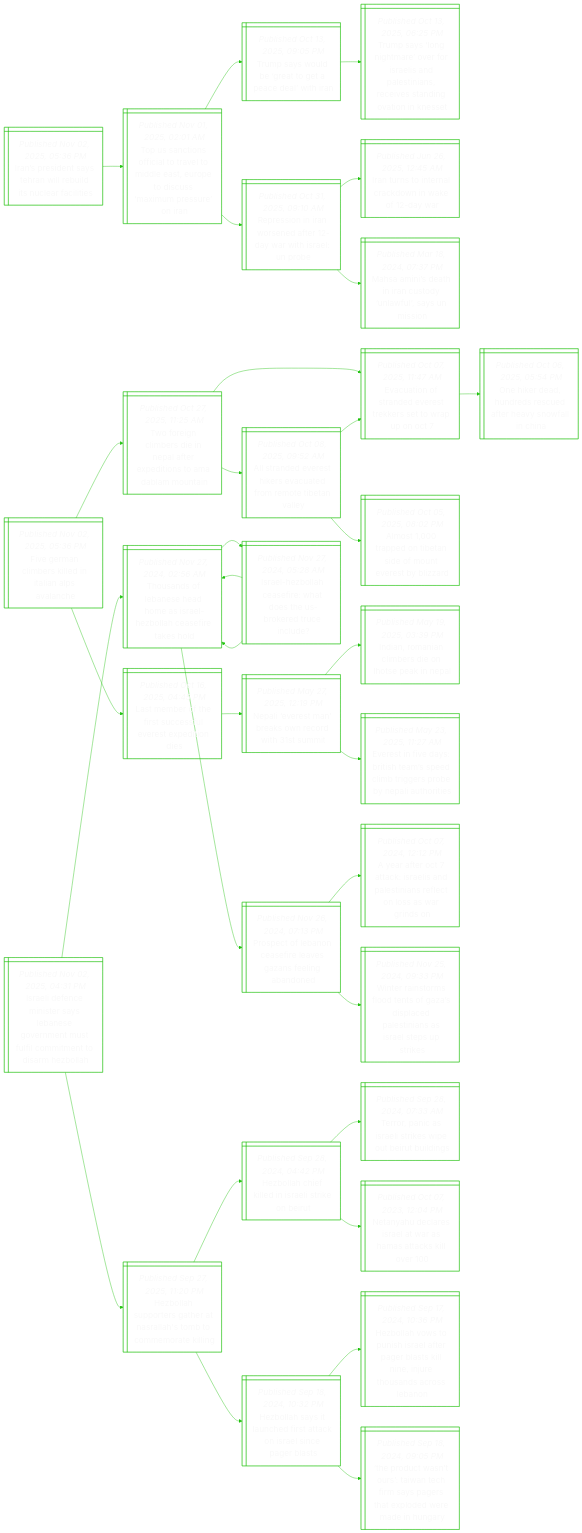
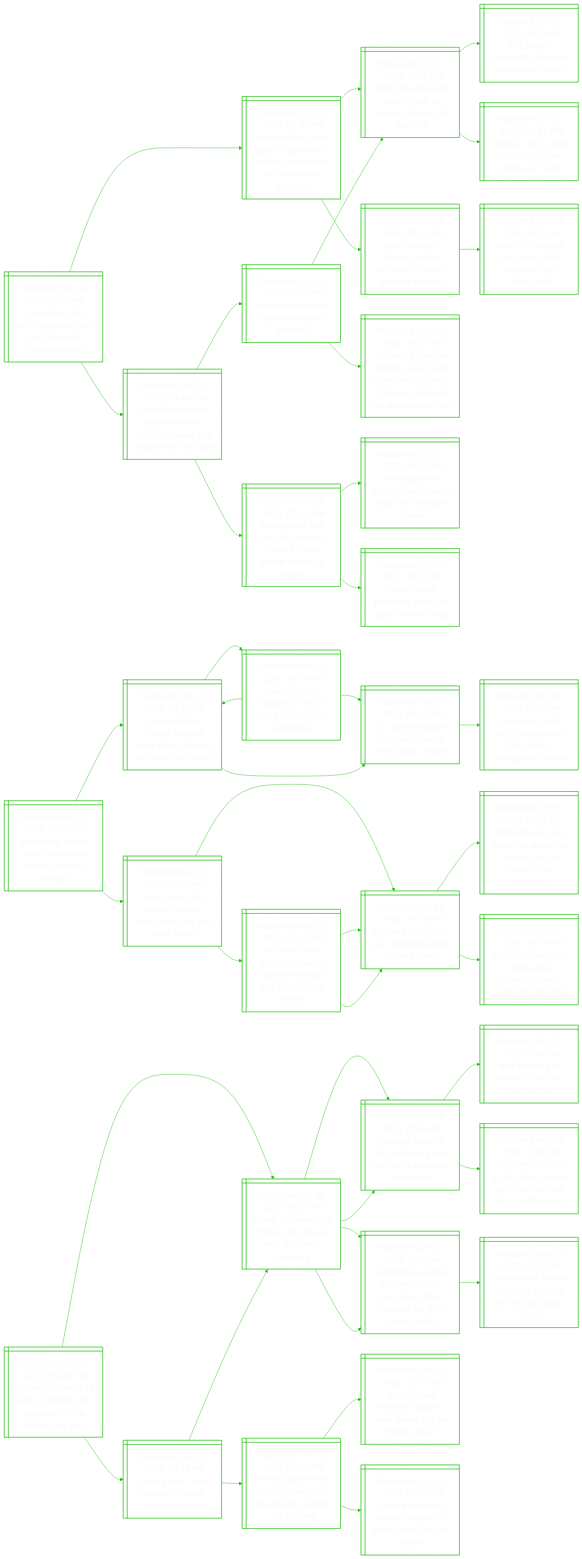
One commit to notJmes/notJmes changed the diagram in README.md. Above: the diagram before and after it, drawn with Mermaid. The commit also changed other lines of this file, not shown here.

````diff
--- a/README.md
+++ b/README.md
@@ -16,106 +16,133 @@
 flowchart LR
 classDef txtsize font-size:20px;
 
-Ipdahibicfi@{ shape: win-pane, label: "_Published Nov 02, 2025, 05:36 PM_
-Iran’s president says tehran will rebuild its nuclear facilities" }
-Tsifartdsodsirrr@{ shape: win-pane, label: "_Published Nov 01, 2025, 02:01 AM_
-Top us sanctions official to travel to middle east, europe to discuss ‘maximum pressure’ on iran" }
-TsoettclI@{ shape: win-pane, label: "_Published Oct 13, 2025, 09:05 PM_
-Trump says would be ‘great to get a peace deal’ with iran" }
-TsogrrsiPtnesiais@{ shape: win-pane, label: "_Published Oct 13, 2025, 06:25 PM_
-Trump says ‘long nightmare’ over for israelis and palestinians, receives standing ovation in knesset" }
-RsinefawsUb@{ shape: win-pane, label: "_Published Oct 31, 2025, 09:10 AM_
-Repression in iran worsened after 12-day war with israel: un probe" }
-Iuorrowfa@{ shape: win-pane, label: "_Published Jun 26, 2025, 12:45 AM_
-Iran turns to internal crackdown in wake of 12-day war" }
-MAshatnuss@{ shape: win-pane, label: "_Published Mar 18, 2024, 07:37 PM_
-Mahsa amini’s death in iran custody ‘unlawful’, says un mission" }
-
-Ipdahibicfi:::txtsize --> Tsifartdsodsirrr:::txtsize
-Tsifartdsodsirrr:::txtsize --> TsoettclI:::txtsize
-TsoettclI:::txtsize --> TsogrrsiPtnesiais:::txtsize
-Tsifartdsodsirrr:::txtsize --> RsinefawsUb:::txtsize
-RsinefawsUb:::txtsize --> Iuorrowfa:::txtsize
-RsinefawsUb:::txtsize --> MAshatnuss:::txtsize
-
-Fecelniple@{ shape: win-pane, label: "_Published Nov 02, 2025, 05:36 PM_
-Five german climbers killed in italian alps avalanche" }
-Trceeptpioama@{ shape: win-pane, label: "_Published Oct 27, 2025, 11:25 AM_
-Two foreign climbers die in nepal after expeditions to ama dablam mountain" }
-EaoaEskswpt@{ shape: win-pane, label: "_Published Oct 07, 2025, 11:47 AM_
-Evacuation of stranded everest trekkers set to wrap up on oct 7" }
-Okadreevwin@{ shape: win-pane, label: "_Published Oct 06, 2025, 05:54 PM_
-One hiker dead, hundreds rescued after heavy snowfall in china" }
-Ardekvtoobvy@{ shape: win-pane, label: "_Published Oct 08, 2025, 09:52 AM_
-All stranded everest hikers evacuated from remote tibetan valley" }
-AtpTaeuebz@{ shape: win-pane, label: "_Published Oct 05, 2025, 08:02 PM_
-Almost 1,000 trapped on tibetan side of mount everest by blizzard" }
-EaoaEskswpt@{ shape: win-pane, label: "_Published Oct 07, 2025, 11:47 AM_
-Evacuation of stranded everest trekkers set to wrap up on oct 7" }
-LeofssEseos@{ shape: win-pane, label: "_Published Oct 16, 2025, 04:45 PM_
-Last member of the first successful everest expedition dies" }
-Nienkrdsm@{ shape: win-pane, label: "_Published May 27, 2025, 12:19 PM_
-Nepali ‘everest man’ breaks own record with 31st summit" }
-Innlrotae@{ shape: win-pane, label: "_Published May 19, 2025, 03:39 PM_
-Indian, romanian climbers die on lhotse peak in nepal" }
-Esiyteplrrbears@{ shape: win-pane, label: "_Published May 23, 2025, 11:27 AM_
-Everest in five days: british team’s speed climb triggers probe by nepali authorities" }
-
-Fecelniple:::txtsize --> Trceeptpioama:::txtsize
-Trceeptpioama:::txtsize --> EaoaEskswpt:::txtsize
-EaoaEskswpt:::txtsize --> Okadreevwin:::txtsize
-Trceeptpioama:::txtsize --> Ardekvtoobvy:::txtsize
-Ardekvtoobvy:::txtsize --> AtpTaeuebz:::txtsize
-Ardekvtoobvy:::txtsize --> EaoaEskswpt:::txtsize
-Fecelniple:::txtsize --> LeofssEseos:::txtsize
-LeofssEseos:::txtsize --> Nienkrdsm:::txtsize
-Nienkrdsm:::txtsize --> Innlrotae:::txtsize
-Nienkrdsm:::txtsize --> Esiyteplrrbears:::txtsize
-
-Ileiesnomulomorbh@{ shape: win-pane, label: "_Published Nov 02, 2025, 04:31 PM_
-Israeli defence minister says lebanese government must fulfil commitment to disarm hezbollah" }
-TafnemsHleikl@{ shape: win-pane, label: "_Published Nov 27, 2024, 02:56 AM_
-Thousands of lebanese head home as israel-hezbollah ceasefire takes hold" }
-IlocfheUktid@{ shape: win-pane, label: "_Published Nov 27, 2024, 05:28 AM_
-Israel-hezbollah ceasefire: what does the us-brokered truce include?" }
-TafnemsHleikl@{ shape: win-pane, label: "_Published Nov 27, 2024, 02:56 AM_
-Thousands of lebanese head home as israel-hezbollah ceasefire takes hold" }
-TafnemsHleikl@{ shape: win-pane, label: "_Published Nov 27, 2024, 02:56 AM_
-Thousands of lebanese head home as israel-hezbollah ceasefire takes hold" }
-PeLoseeaeao@{ shape: win-pane, label: "_Published Nov 26, 2024, 07:13 PM_
-Prospect of lebanon ceasefire leaves gazans feeling abandoned" }
-AaOtsiPtnlnags@{ shape: win-pane, label: "_Published Oct 07, 2024, 12:12 PM_
-A year after oct 7 attack: israelis and palestinians reflect on loss as war grinds on" }
-Wrssdszseeisepts@{ shape: win-pane, label: "_Published Nov 25, 2024, 09:33 PM_
-Winter rainstorms flood tents of gaza’s displaced palestinians as israel steps up strikes" }
-Hlutaarhbmrig@{ shape: win-pane, label: "_Published Sep 27, 2025, 11:20 PM_
-Hezbollah supporters gather at nasrallah's tomb to commemorate killing" }
-Hlhiiator@{ shape: win-pane, label: "_Published Sep 28, 2024, 04:42 PM_
-Hezbollah chief killed in israeli strike on beirut" }
-Trcrseeebi@{ shape: win-pane, label: "_Published Sep 28, 2024, 07:33 AM_
-Terror, panic as israeli strikes wipe out beirut buildings" }
+Ililezirlocln@{ shape: win-pane, label: "_Published Nov 02, 2025, 11:01 PM_
+Israeli strike kills one in gaza as sides trade blame for truce violations" }
+IliezatHtdtrda@{ shape: win-pane, label: "_Published Oct 30, 2025, 05:40 PM_
+Israeli strikes test gaza’s fragile truce, hamas to hand over two more dead hostages" }
 NyeeawHakl@{ shape: win-pane, label: "_Published Oct 07, 2023, 12:04 PM_
 Netanyahu declares israel at war as hamas attacks kill over 100" }
-Hlalhrtneces@{ shape: win-pane, label: "_Published Sep 18, 2024, 10:32 PM_
-Hezbollah says it launched first attack on israel since pager blasts" }
-Hlopheeeslerussa@{ shape: win-pane, label: "_Published Sep 17, 2024, 10:36 PM_
-Hezbollah vows to punish israel after pager blasts kill nine, injure thousands across lebanon" }
-TowoatiyealwaHr@{ shape: win-pane, label: "_Published Sep 18, 2024, 09:05 PM_
-‘the product wasn’t ours’: taiwan tech firm says pagers that exploded were made in hungary" }
+WzptIleint@{ shape: win-pane, label: "_Published Oct 07, 2023, 05:15 PM_
+Why gaza is epicentre of israeli-palestinian conflict" }
+Wiceapaks@{ shape: win-pane, label: "_Published Oct 07, 2023, 06:44 PM_
+World in shock after hamas surprise attacks on israel" }
+Vasoaersiam@{ shape: win-pane, label: "_Published Oct 30, 2025, 09:55 AM_
+Video analysis shows staged recovery of israeli hostage remains" }
+Ilaeaeedttee@{ shape: win-pane, label: "_Published Oct 30, 2025, 04:18 AM_
+Israel hits another gaza target after deadliest night since truce" }
+Cfonaoteervta@{ shape: win-pane, label: "_Published Oct 12, 2025, 05:44 PM_
+Ceasefire holds in gaza ahead of hostage release and trump’s visit to israel" }
+Wouaaam@{ shape: win-pane, label: "_Published Oct 09, 2025, 05:50 PM_
+What does trump’s gaza peace plan promise?" }
+AtHfezerydatoGel@{ shape: win-pane, label: "_Published Sep 30, 2025, 06:45 AM_
+Amnesty for hamas fighters, gaza to be governed by ‘board of peace’: details of the gaza peace plan" }
+NyeeawHakl@{ shape: win-pane, label: "_Published Oct 07, 2023, 12:04 PM_
+Netanyahu declares israel at war as hamas attacks kill over 100" }
+PtndCnspaamnt@{ shape: win-pane, label: "_Published Oct 12, 2025, 02:44 AM_
+Palestinians find gaza city in ruins; trump to chair peace summit in egypt" }
+Waeparyfsrs@{ shape: win-pane, label: "_Published Oct 12, 2025, 04:50 AM_
+‘we finally feel hope’: israeli crowds yearn for hostage release" }
+Ilsoaoaen@{ shape: win-pane, label: "_Published Oct 11, 2025, 10:20 PM_
+Israel moves prisoners ahead of gaza deal exchange" }
 
-Ileiesnomulomorbh:::txtsize --> TafnemsHleikl:::txtsize
-TafnemsHleikl:::txtsize --> IlocfheUktid:::txtsize
-IlocfheUktid:::txtsize --> TafnemsHleikl:::txtsize
-IlocfheUktid:::txtsize --> TafnemsHleikl:::txtsize
-TafnemsHleikl:::txtsize --> PeLoseeaeao:::txtsize
-PeLoseeaeao:::txtsize --> AaOtsiPtnlnags:::txtsize
-PeLoseeaeao:::txtsize --> Wrssdszseeisepts:::txtsize
-Ileiesnomulomorbh:::txtsize --> Hlutaarhbmrig:::txtsize
-Hlutaarhbmrig:::txtsize --> Hlhiiator:::txtsize
-Hlhiiator:::txtsize --> Trcrseeebi:::txtsize
-Hlhiiator:::txtsize --> NyeeawHakl:::txtsize
-Hlutaarhbmrig:::txtsize --> Hlalhrtneces:::txtsize
-Hlalhrtneces:::txtsize --> Hlopheeeslerussa:::txtsize
-Hlalhrtneces:::txtsize --> TowoatiyealwaHr:::txtsize
+Ililezirlocln:::txtsize --> IliezatHtdtrda:::txtsize
+IliezatHtdtrda:::txtsize --> NyeeawHakl:::txtsize
+NyeeawHakl:::txtsize --> WzptIleint:::txtsize
+NyeeawHakl:::txtsize --> Wiceapaks:::txtsize
+IliezatHtdtrda:::txtsize --> Vasoaersiam:::txtsize
+Vasoaersiam:::txtsize --> Ilaeaeedttee:::txtsize
+Ililezirlocln:::txtsize --> Cfonaoteervta:::txtsize
+Cfonaoteervta:::txtsize --> Wouaaam:::txtsize
+Wouaaam:::txtsize --> AtHfezerydatoGel:::txtsize
+Wouaaam:::txtsize --> NyeeawHakl:::txtsize
+Cfonaoteervta:::txtsize --> PtndCnspaamnt:::txtsize
+PtndCnspaamnt:::txtsize --> Waeparyfsrs:::txtsize
+PtndCnspaamnt:::txtsize --> Ilsoaoaen:::txtsize
+
+Swalaartals@{ shape: win-pane, label: "_Published Nov 02, 2025, 09:47 PM_
+Sudan war sparks global alarm after reports of mass killings" }
+Nttggmigsnna@{ shape: win-pane, label: "_Published Nov 01, 2025, 05:45 PM_
+New satellite images suggest mass killings persist in sudan’s el-fasher" }
+Sinayitrsld@{ shape: win-pane, label: "_Published Nov 01, 2025, 04:19 PM_
+Sudan is being ravaged by a civil war the world has overlooked" }
+Nttggmigsnna@{ shape: win-pane, label: "_Published Nov 01, 2025, 05:45 PM_
+New satellite images suggest mass killings persist in sudan’s el-fasher" }
+Uiotiandnl@{ shape: win-pane, label: "_Published Sep 13, 2025, 06:25 PM_
+Us, allies propose transitional plan to end sudan conflict" }
+Uiotiandnl@{ shape: win-pane, label: "_Published Sep 13, 2025, 06:25 PM_
+Us, allies propose transitional plan to end sudan conflict" }
+SvetfeeSsele@{ shape: win-pane, label: "_Published Sep 08, 2025, 01:19 PM_
+Survivors tell of terrifying escape from sudan’s besieged el-fasher" }
+Peruicelalfs@{ shape: win-pane, label: "_Published Nov 02, 2025, 07:51 PM_
+Pope leo decries sudan violence, urges dialogue and relief efforts" }
+Tnpiydkdtt@{ shape: win-pane, label: "_Published Oct 31, 2025, 09:06 PM_
+Tanzania opposition says hundreds killed in vote protests" }
+MaceRiiyisire@{ shape: win-pane, label: "_Published Oct 15, 2025, 10:46 PM_
+Madagascar coup leader randrianirina says he will be sworn in as president" }
+WssetCorrit@{ shape: win-pane, label: "_Published Oct 10, 2025, 05:04 PM_
+World’s oldest ruler wants new cameroon term, alarming investors" }
+TnapijHncwtart@{ shape: win-pane, label: "_Published Nov 02, 2025, 03:56 PM_
+Tanzania’s main opposition rejects hassan’s election win after deadly protests" }
+Tnpiydkdtt@{ shape: win-pane, label: "_Published Oct 31, 2025, 09:06 PM_
+Tanzania opposition says hundreds killed in vote protests" }
+Tnpiydkdtt@{ shape: win-pane, label: "_Published Oct 31, 2025, 09:06 PM_
+Tanzania opposition says hundreds killed in vote protests" }
+
+Swalaartals:::txtsize --> Nttggmigsnna:::txtsize
+Nttggmigsnna:::txtsize --> Sinayitrsld:::txtsize
+Sinayitrsld:::txtsize --> Nttggmigsnna:::txtsize
+Sinayitrsld:::txtsize --> Uiotiandnl:::txtsize
+Nttggmigsnna:::txtsize --> Uiotiandnl:::txtsize
+Uiotiandnl:::txtsize --> SvetfeeSsele:::txtsize
+Swalaartals:::txtsize --> Peruicelalfs:::txtsize
+Peruicelalfs:::txtsize --> Tnpiydkdtt:::txtsize
+Tnpiydkdtt:::txtsize --> MaceRiiyisire:::txtsize
+Tnpiydkdtt:::txtsize --> WssetCorrit:::txtsize
+Peruicelalfs:::txtsize --> TnapijHncwtart:::txtsize
+TnapijHncwtart:::txtsize --> Tnpiydkdtt:::txtsize
+TnapijHncwtart:::txtsize --> Tnpiydkdtt:::txtsize
+
+Letotmsrsioty@{ shape: win-pane, label: "_Published Nov 02, 2025, 09:46 PM_
+Louvre heist work of petty criminals, not organised crime, prosecutor says" }
+Ptineluiisey@{ shape: win-pane, label: "_Published Oct 19, 2025, 05:51 PM_
+Power tool-wielding thieves flee louvre with ‘priceless’ jewellery" }
+GpboiPoidaes@{ shape: win-pane, label: "_Published Apr 28, 2025, 01:06 PM_
+‘grandpa robbers’ go on trial in paris over kim kardashian jewel heist" }
+NegaTrah@{ shape: win-pane, label: "_Published Feb 20, 2025, 01:00 PM_
+Nike bets big on reality tv star kim kardashian" }
+Kriinucneida@{ shape: win-pane, label: "_Published May 17, 2023, 12:00 PM_
+Kim kardashian's $1.34 billion buyout pitch leans on her social media reach" }
+Gpssofemmnsrt@{ shape: win-pane, label: "_Published Jun 02, 2025, 11:15 PM_
+Greenpeace steals $59,000 macron wax figure from museum for anti-russia protest" }
+GpmglnolN@{ shape: win-pane, label: "_Published Mar 21, 2025, 02:52 PM_
+Greenpeace $880m damages ruling in us shocks global ngos" }
+Letutgors@{ shape: win-pane, label: "_Published Nov 01, 2025, 10:49 PM_
+Louvre heist: one suspect charged, another released" }
+Ptineluiisey@{ shape: win-pane, label: "_Published Oct 19, 2025, 05:51 PM_
+Power tool-wielding thieves flee louvre with ‘priceless’ jewellery" }
+GpboiPoidaes@{ shape: win-pane, label: "_Published Apr 28, 2025, 01:06 PM_
+‘grandpa robbers’ go on trial in paris over kim kardashian jewel heist" }
+Gpssofemmnsrt@{ shape: win-pane, label: "_Published Jun 02, 2025, 11:15 PM_
+Greenpeace steals $59,000 macron wax figure from museum for anti-russia protest" }
+Fhcerpiviwtig@{ shape: win-pane, label: "_Published Oct 30, 2025, 03:20 PM_
+French police arrest more suspects in louvre heist, jewels still missing" }
+PLeubhwitea@{ shape: win-pane, label: "_Published Oct 20, 2025, 02:36 AM_
+Paris’ louvre museum robbery: what jewels did the thieves steal?" }
+LesjsnrahRp@{ shape: win-pane, label: "_Published Oct 25, 2025, 07:20 PM_
+Louvre transfers jewels to bank of france after heist, rtl reports" }
+
+Letotmsrsioty:::txtsize --> Ptineluiisey:::txtsize
+Ptineluiisey:::txtsize --> GpboiPoidaes:::txtsize
+GpboiPoidaes:::txtsize --> NegaTrah:::txtsize
+GpboiPoidaes:::txtsize --> Kriinucneida:::txtsize
+Ptineluiisey:::txtsize --> Gpssofemmnsrt:::txtsize
+Gpssofemmnsrt:::txtsize --> GpmglnolN:::txtsize
+Letotmsrsioty:::txtsize --> Letutgors:::txtsize
+Letutgors:::txtsize --> Ptineluiisey:::txtsize
+Ptineluiisey:::txtsize --> GpboiPoidaes:::txtsize
+Ptineluiisey:::txtsize --> Gpssofemmnsrt:::txtsize
+Letutgors:::txtsize --> Fhcerpiviwtig:::txtsize
+Fhcerpiviwtig:::txtsize --> PLeubhwitea:::txtsize
+Fhcerpiviwtig:::txtsize --> LesjsnrahRp:::txtsize
 
 ```
````
